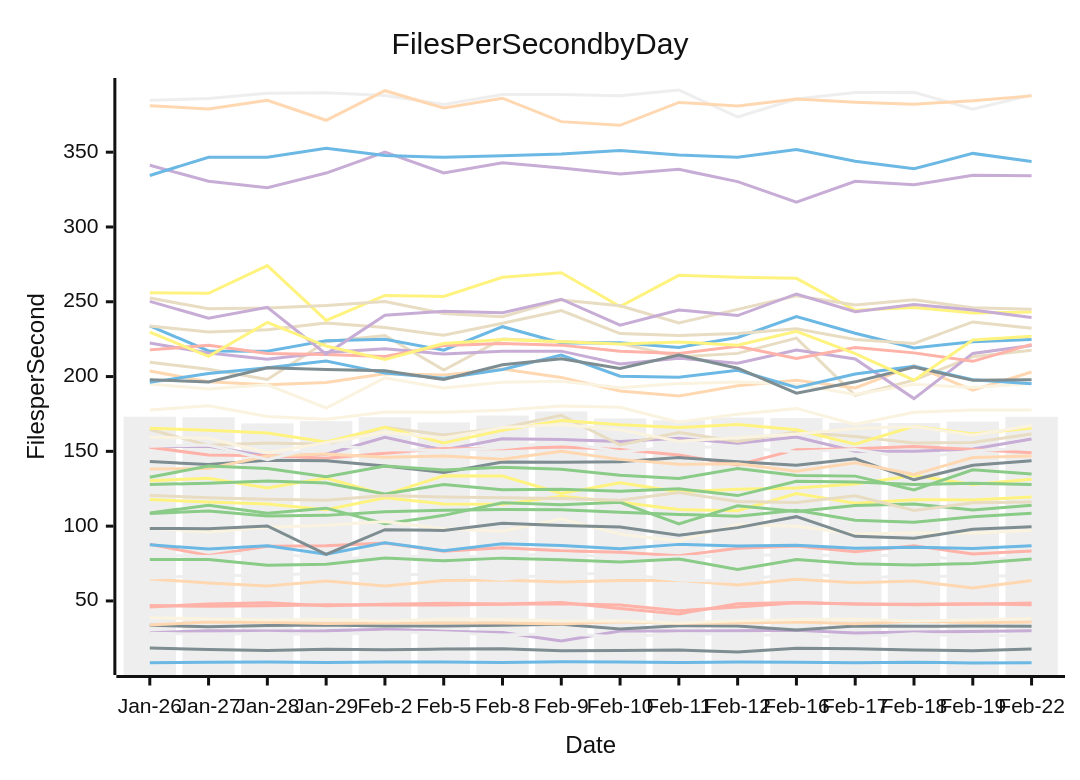
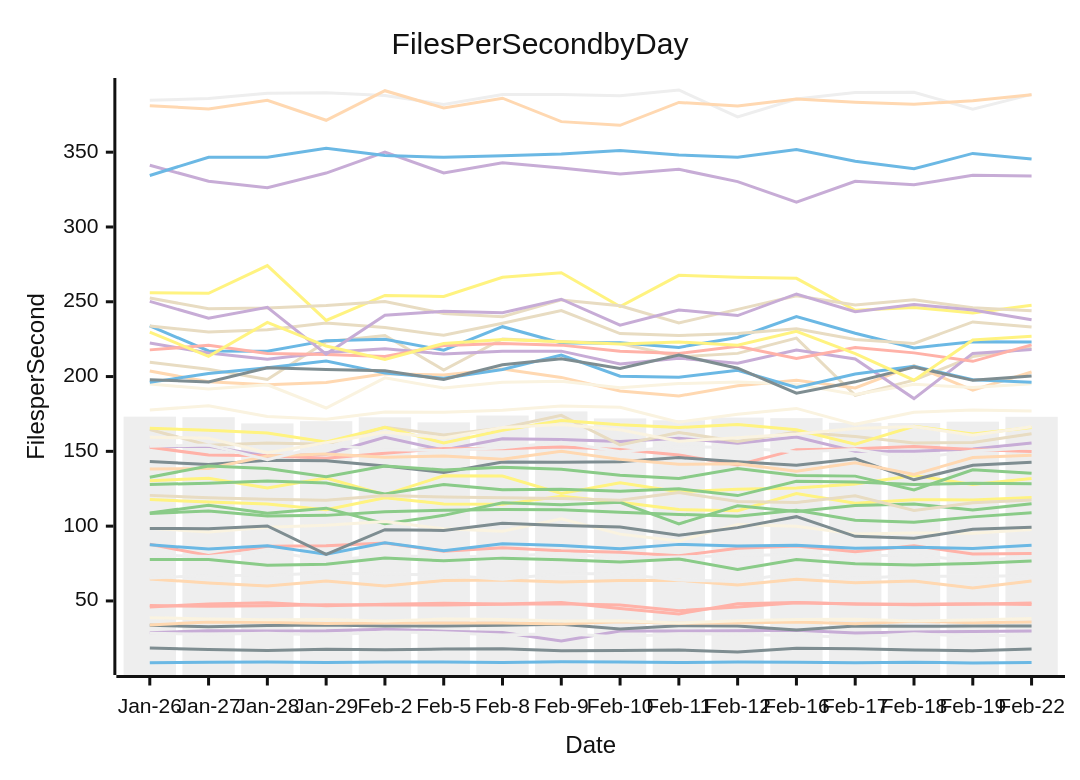
One commit to streetsidesoftware/cspell changed the diagram in perf-report.md. Above: the diagram before and after it, drawn with Mermaid (neutral theme). The commit also changed other lines of this file and 1 other file, not shown here.

````diff
--- a/perf-report.md
+++ b/perf-report.md
@@ -10,57 +10,57 @@
 ```mermaid
 xychart-beta
     title Files Per Second by Day
     y-axis Files per Second
     x-axis Date [Jan-26, Jan-27, Jan-28, Jan-29, Feb-2, Feb-5, Feb-8, Feb-9, Feb-10, Feb-11, Feb-12, Feb-16, Feb-17, Feb-18, Feb-19, Feb-22]
     bar [173.21, 172.82, 168.69, 170.17, 172.76, 169.39, 173.94, 176.68, 172.01, 170.80, 172.59, 172.20, 169.11, 168.97, 169.87, 173.10]
-    line [8.69, 9.06, 9.17, 8.90, 9.14, 9.10, 8.87, 9.39, 9.10, 8.79, 9.11, 8.93, 8.64, 9.05, 8.51, 8.71]
-    line [108.52, 110.13, 106.78, 107.20, 109.65, 110.63, 111.16, 110.94, 109.21, 107.83, 106.68, 110.60, 103.95, 102.58, 106.20, 108.59]
-    line [28.70, 30.12, 29.90, 29.99, 31.08, 29.80, 28.87, 23.26, 29.91, 29.82, 30.05, 30.35, 28.52, 29.28, 29.65, 30.02]
-    line [209.49, 204.94, 198.04, 223.32, 227.45, 204.37, 225.14, 223.42, 222.08, 213.20, 215.50, 225.73, 187.50, 197.59, 213.32, 217.55]
-    line [87.91, 80.34, 86.50, 86.84, 88.66, 83.22, 85.59, 83.52, 82.54, 80.25, 85.24, 86.74, 82.84, 86.83, 81.45, 83.45]
-    line [130.32, 132.03, 125.54, 132.09, 121.09, 133.64, 133.48, 121.84, 129.06, 122.93, 124.68, 125.50, 128.25, 133.90, 127.83, 131.38]
-    line [33.70, 32.82, 33.62, 33.93, 33.23, 33.25, 33.77, 34.38, 31.28, 33.43, 33.24, 30.53, 33.31, 33.04, 33.28, 33.14]
-    line [203.69, 196.52, 194.52, 195.98, 201.87, 201.12, 204.97, 199.43, 190.33, 187.01, 193.91, 197.53, 192.34, 207.35, 190.87, 203.06]
-    line [195.04, 191.69, 194.48, 178.97, 199.11, 192.32, 196.15, 196.80, 192.49, 195.28, 196.29, 194.83, 188.10, 194.84, 192.66, 195.39]
-    line [80.80, 79.69, 83.58, 77.01, 80.34, 79.32, 79.86, 81.63, 78.70, 79.41, 80.42, 80.99, 80.08, 80.78, 76.61, 80.23]
-    line [233.87, 217.12, 216.93, 224.01, 224.86, 217.64, 233.33, 222.49, 222.54, 219.50, 226.16, 240.10, 228.96, 219.08, 223.33, 224.83]
-    line [127.88, 128.69, 130.23, 128.77, 121.54, 127.82, 124.27, 124.62, 123.31, 125.03, 120.42, 129.98, 129.47, 127.87, 128.69, 127.92]
-    line [152.95, 153.44, 146.68, 148.04, 159.34, 150.93, 158.41, 157.97, 156.56, 158.71, 155.41, 159.62, 150.02, 150.05, 151.55, 158.28]
-    line [233.83, 229.73, 231.27, 235.75, 232.76, 227.56, 235.60, 244.14, 228.71, 227.46, 228.82, 232.02, 224.80, 222.16, 236.53, 232.36]
-    line [152.72, 147.54, 147.09, 145.41, 148.70, 151.93, 151.71, 152.93, 151.27, 147.55, 140.92, 151.13, 151.76, 153.31, 151.18, 149.10]
-    line [256.11, 255.68, 274.20, 237.51, 254.20, 253.57, 266.34, 269.39, 246.86, 267.66, 266.35, 265.66, 244.28, 246.16, 242.48, 243.24]
-    line [18.55, 17.57, 16.82, 17.76, 17.39, 17.79, 18.01, 16.74, 16.81, 17.17, 15.81, 18.35, 18.08, 17.18, 16.76, 17.82]
-    line [33.94, 35.92, 35.70, 34.97, 35.24, 35.24, 35.29, 34.51, 36.01, 35.10, 35.21, 35.98, 34.82, 36.43, 35.46, 35.87]
-    line [38.81, 37.93, 37.35, 37.58, 36.65, 37.87, 37.52, 36.62, 36.71, 35.21, 36.78, 37.62, 37.74, 36.57, 37.30, 38.21]
-    line [384.72, 385.87, 389.43, 389.76, 387.86, 381.95, 388.55, 388.50, 387.75, 391.57, 373.53, 385.59, 389.88, 390.09, 378.81, 388.20]
-    line [87.49, 84.71, 86.94, 81.29, 88.85, 83.51, 88.25, 87.06, 84.92, 87.81, 86.69, 87.24, 85.15, 85.90, 85.00, 86.86]
-    line [77.74, 77.78, 73.82, 74.60, 78.73, 76.88, 78.62, 77.47, 76.02, 78.07, 71.09, 77.64, 74.87, 74.07, 74.98, 78.01]
-    line [222.41, 215.81, 211.64, 216.10, 218.52, 215.06, 216.88, 216.99, 208.40, 212.31, 208.84, 217.81, 211.80, 185.28, 215.46, 220.70]
-    line [164.60, 154.09, 155.59, 154.71, 166.16, 160.94, 165.57, 174.04, 154.30, 162.65, 156.66, 162.87, 159.96, 155.64, 155.90, 161.67]
-    line [217.84, 220.87, 215.44, 214.77, 213.40, 220.70, 222.08, 221.01, 216.87, 215.38, 220.23, 212.12, 219.37, 215.84, 210.18, 221.48]
-    line [117.78, 116.14, 114.78, 110.96, 118.96, 114.84, 114.56, 119.99, 116.03, 111.12, 110.27, 121.81, 115.35, 117.70, 117.45, 119.42]
-    line [143.21, 141.20, 143.98, 143.78, 140.14, 135.87, 142.86, 142.75, 143.10, 145.82, 143.11, 140.65, 144.98, 130.98, 140.65, 143.66]
-    line [64.72, 62.00, 60.00, 63.28, 59.94, 63.60, 64.06, 62.64, 63.65, 63.88, 60.68, 64.42, 62.12, 63.28, 58.66, 63.67]
-    line [177.69, 180.46, 173.36, 171.47, 176.27, 176.08, 177.50, 180.37, 179.50, 169.53, 174.82, 178.71, 168.06, 176.19, 177.57, 177.71]
-    line [65.41, 67.07, 67.22, 68.71, 67.83, 67.42, 64.50, 68.29, 67.95, 63.94, 63.10, 68.79, 65.40, 66.62, 66.45, 66.79]
-    line [196.11, 202.03, 205.84, 210.33, 202.30, 198.84, 204.68, 214.35, 200.27, 199.54, 204.14, 192.69, 201.75, 206.87, 197.87, 195.13]
-    line [108.80, 113.98, 108.63, 112.03, 101.57, 107.21, 115.59, 114.29, 115.98, 101.55, 113.56, 109.85, 113.73, 114.86, 110.85, 113.92]
-    line [341.26, 330.59, 326.24, 336.05, 350.02, 336.18, 342.95, 339.36, 335.43, 338.51, 330.30, 316.59, 330.53, 328.24, 334.55, 334.31]
-    line [252.46, 245.33, 245.88, 247.56, 250.17, 242.23, 239.94, 251.24, 247.36, 235.88, 244.92, 253.98, 247.84, 251.30, 245.99, 245.00]
-    line [46.87, 46.43, 46.80, 47.45, 47.29, 47.35, 47.86, 48.05, 47.30, 43.46, 46.02, 48.76, 47.89, 47.85, 48.05, 47.48]
-    line [165.48, 164.06, 162.34, 156.27, 166.07, 155.61, 164.06, 170.66, 167.78, 165.93, 167.97, 164.38, 154.74, 166.79, 161.65, 165.63]
-    line [197.93, 196.32, 205.82, 204.70, 203.85, 198.04, 207.86, 211.91, 205.36, 214.41, 205.57, 188.86, 196.47, 206.41, 197.46, 197.91]
-    line [138.21, 138.55, 146.90, 148.25, 146.04, 146.87, 144.71, 150.09, 144.64, 141.32, 141.68, 136.63, 142.32, 134.55, 145.82, 146.96]
-    line [98.65, 96.11, 99.25, 100.66, 103.18, 98.24, 96.65, 104.96, 94.67, 90.15, 101.17, 99.92, 94.76, 95.38, 95.32, 97.28]
-    line [28.41, 27.77, 28.43, 27.26, 29.20, 28.78, 27.22, 28.25, 25.94, 28.04, 27.66, 26.73, 25.95, 28.09, 26.29, 27.35]
-    line [334.45, 346.57, 346.60, 352.58, 347.78, 346.57, 347.57, 348.75, 351.19, 348.15, 346.62, 351.78, 343.88, 338.94, 349.19, 343.84]
-    line [132.73, 140.24, 138.48, 133.03, 140.20, 137.55, 139.32, 138.06, 134.03, 131.86, 138.50, 133.91, 133.44, 124.24, 137.70, 134.78]
-    line [250.24, 239.03, 246.34, 215.04, 240.95, 243.60, 242.70, 251.69, 234.31, 244.51, 240.78, 255.22, 243.34, 248.23, 244.44, 239.51]
-    line [120.57, 119.01, 117.99, 117.30, 120.43, 119.43, 118.96, 118.43, 117.39, 122.51, 116.51, 115.88, 120.25, 110.42, 115.69, 116.21]
-    line [46.02, 47.96, 48.80, 46.78, 47.79, 48.42, 47.97, 48.95, 44.92, 41.33, 48.11, 48.93, 47.91, 47.47, 47.85, 48.66]
-    line [229.64, 213.50, 236.23, 220.41, 211.45, 222.13, 224.72, 223.26, 221.76, 223.13, 220.88, 230.21, 215.32, 197.56, 224.48, 226.91]
-    line [98.45, 98.30, 100.11, 81.16, 97.62, 97.16, 101.86, 100.35, 99.46, 93.91, 99.01, 106.34, 93.17, 91.86, 97.86, 99.56]
-    line [381.11, 378.87, 384.64, 371.32, 391.09, 379.53, 386.07, 370.43, 367.95, 383.26, 380.80, 385.48, 383.39, 382.12, 384.41, 387.64]
-    line [159.47, 158.84, 149.03, 155.81, 162.82, 158.93, 165.88, 167.89, 164.45, 156.78, 159.08, 161.56, 165.23, 166.55, 160.76, 167.25]
-    line [153.48, 154.19, 144.39, 154.19, 151.10, 150.58, 152.48, 156.02, 149.70, 153.17, 152.51, 149.58, 151.17, 145.28, 150.19, 152.47]
+    line [8.69, 9.06, 9.17, 8.90, 9.14, 9.10, 8.87, 9.39, 9.10, 8.79, 9.11, 8.93, 8.64, 9.05, 8.51, 8.78]
+    line [108.52, 110.13, 106.78, 107.20, 109.65, 110.63, 111.16, 110.94, 109.21, 107.83, 106.68, 110.60, 103.95, 102.58, 106.20, 108.99]
+    line [28.70, 30.12, 29.90, 29.99, 31.08, 29.80, 28.87, 23.26, 29.91, 29.82, 30.05, 30.35, 28.52, 29.28, 29.65, 29.97]
+    line [209.49, 204.94, 198.04, 223.32, 227.45, 204.37, 225.14, 223.42, 222.08, 213.20, 215.50, 225.73, 187.50, 197.59, 213.32, 219.03]
+    line [87.91, 80.34, 86.50, 86.84, 88.66, 83.22, 85.59, 83.52, 82.54, 80.25, 85.24, 86.74, 82.84, 86.83, 81.45, 81.71]
+    line [130.32, 132.03, 125.54, 132.09, 121.09, 133.64, 133.48, 121.84, 129.06, 122.93, 124.68, 125.50, 128.25, 133.90, 127.83, 131.88]
+    line [33.70, 32.82, 33.62, 33.93, 33.23, 33.25, 33.77, 34.38, 31.28, 33.43, 33.24, 30.53, 33.31, 33.04, 33.28, 33.21]
+    line [203.69, 196.52, 194.52, 195.98, 201.87, 201.12, 204.97, 199.43, 190.33, 187.01, 193.91, 197.53, 192.34, 207.35, 190.87, 203.05]
+    line [195.04, 191.69, 194.48, 178.97, 199.11, 192.32, 196.15, 196.80, 192.49, 195.28, 196.29, 194.83, 188.10, 194.84, 192.66, 195.15]
+    line [80.80, 79.69, 83.58, 77.01, 80.34, 79.32, 79.86, 81.63, 78.70, 79.41, 80.42, 80.99, 80.08, 80.78, 76.61, 79.69]
+    line [233.87, 217.12, 216.93, 224.01, 224.86, 217.64, 233.33, 222.49, 222.54, 219.50, 226.16, 240.10, 228.96, 219.08, 223.33, 223.11]
+    line [127.88, 128.69, 130.23, 128.77, 121.54, 127.82, 124.27, 124.62, 123.31, 125.03, 120.42, 129.98, 129.47, 127.87, 128.69, 128.42]
+    line [152.95, 153.44, 146.68, 148.04, 159.34, 150.93, 158.41, 157.97, 156.56, 158.71, 155.41, 159.62, 150.02, 150.05, 151.55, 155.58]
+    line [233.83, 229.73, 231.27, 235.75, 232.76, 227.56, 235.60, 244.14, 228.71, 227.46, 228.82, 232.02, 224.80, 222.16, 236.53, 233.14]
+    line [152.72, 147.54, 147.09, 145.41, 148.70, 151.93, 151.71, 152.93, 151.27, 147.55, 140.92, 151.13, 151.76, 153.31, 151.18, 149.85]
+    line [256.11, 255.68, 274.20, 237.51, 254.20, 253.57, 266.34, 269.39, 246.86, 267.66, 266.35, 265.66, 244.28, 246.16, 242.48, 247.66]
+    line [18.55, 17.57, 16.82, 17.76, 17.39, 17.79, 18.01, 16.74, 16.81, 17.17, 15.81, 18.35, 18.08, 17.18, 16.76, 17.88]
+    line [33.94, 35.92, 35.70, 34.97, 35.24, 35.24, 35.29, 34.51, 36.01, 35.10, 35.21, 35.98, 34.82, 36.43, 35.46, 35.84]
+    line [38.81, 37.93, 37.35, 37.58, 36.65, 37.87, 37.52, 36.62, 36.71, 35.21, 36.78, 37.62, 37.74, 36.57, 37.30, 38.24]
+    line [384.72, 385.87, 389.43, 389.76, 387.86, 381.95, 388.55, 388.50, 387.75, 391.57, 373.53, 385.59, 389.88, 390.09, 378.81, 388.65]
+    line [87.49, 84.71, 86.94, 81.29, 88.85, 83.51, 88.25, 87.06, 84.92, 87.81, 86.69, 87.24, 85.15, 85.90, 85.00, 87.17]
+    line [77.74, 77.78, 73.82, 74.60, 78.73, 76.88, 78.62, 77.47, 76.02, 78.07, 71.09, 77.64, 74.87, 74.07, 74.98, 76.63]
+    line [222.41, 215.81, 211.64, 216.10, 218.52, 215.06, 216.88, 216.99, 208.40, 212.31, 208.84, 217.81, 211.80, 185.28, 215.46, 218.06]
+    line [164.60, 154.09, 155.59, 154.71, 166.16, 160.94, 165.57, 174.04, 154.30, 162.65, 156.66, 162.87, 159.96, 155.64, 155.90, 161.77]
+    line [217.84, 220.87, 215.44, 214.77, 213.40, 220.70, 222.08, 221.01, 216.87, 215.38, 220.23, 212.12, 219.37, 215.84, 210.18, 221.20]
+    line [117.78, 116.14, 114.78, 110.96, 118.96, 114.84, 114.56, 119.99, 116.03, 111.12, 110.27, 121.81, 115.35, 117.70, 117.45, 119.10]
+    line [143.21, 141.20, 143.98, 143.78, 140.14, 135.87, 142.86, 142.75, 143.10, 145.82, 143.11, 140.65, 144.98, 130.98, 140.65, 142.78]
+    line [64.72, 62.00, 60.00, 63.28, 59.94, 63.60, 64.06, 62.64, 63.65, 63.88, 60.68, 64.42, 62.12, 63.28, 58.66, 63.36]
+    line [177.69, 180.46, 173.36, 171.47, 176.27, 176.08, 177.50, 180.37, 179.50, 169.53, 174.82, 178.71, 168.06, 176.19, 177.57, 176.95]
+    line [65.41, 67.07, 67.22, 68.71, 67.83, 67.42, 64.50, 68.29, 67.95, 63.94, 63.10, 68.79, 65.40, 66.62, 66.45, 66.78]
+    line [196.11, 202.03, 205.84, 210.33, 202.30, 198.84, 204.68, 214.35, 200.27, 199.54, 204.14, 192.69, 201.75, 206.87, 197.87, 196.25]
+    line [108.80, 113.98, 108.63, 112.03, 101.57, 107.21, 115.59, 114.29, 115.98, 101.55, 113.56, 109.85, 113.73, 114.86, 110.85, 114.90]
+    line [341.26, 330.59, 326.24, 336.05, 350.02, 336.18, 342.95, 339.36, 335.43, 338.51, 330.30, 316.59, 330.53, 328.24, 334.55, 334.07]
+    line [252.46, 245.33, 245.88, 247.56, 250.17, 242.23, 239.94, 251.24, 247.36, 235.88, 244.92, 253.98, 247.84, 251.30, 245.99, 243.93]
+    line [46.87, 46.43, 46.80, 47.45, 47.29, 47.35, 47.86, 48.05, 47.30, 43.46, 46.02, 48.76, 47.89, 47.85, 48.05, 47.61]
+    line [165.48, 164.06, 162.34, 156.27, 166.07, 155.61, 164.06, 170.66, 167.78, 165.93, 167.97, 164.38, 154.74, 166.79, 161.65, 166.00]
+    line [197.93, 196.32, 205.82, 204.70, 203.85, 198.04, 207.86, 211.91, 205.36, 214.41, 205.57, 188.86, 196.47, 206.41, 197.46, 200.43]
+    line [138.21, 138.55, 146.90, 148.25, 146.04, 146.87, 144.71, 150.09, 144.64, 141.32, 141.68, 136.63, 142.32, 134.55, 145.82, 147.42]
+    line [98.65, 96.11, 99.25, 100.66, 103.18, 98.24, 96.65, 104.96, 94.67, 90.15, 101.17, 99.92, 94.76, 95.38, 95.32, 97.68]
+    line [28.41, 27.77, 28.43, 27.26, 29.20, 28.78, 27.22, 28.25, 25.94, 28.04, 27.66, 26.73, 25.95, 28.09, 26.29, 27.51]
+    line [334.45, 346.57, 346.60, 352.58, 347.78, 346.57, 347.57, 348.75, 351.19, 348.15, 346.62, 351.78, 343.88, 338.94, 349.19, 345.47]
+    line [132.73, 140.24, 138.48, 133.03, 140.20, 137.55, 139.32, 138.06, 134.03, 131.86, 138.50, 133.91, 133.44, 124.24, 137.70, 135.31]
+    line [250.24, 239.03, 246.34, 215.04, 240.95, 243.60, 242.70, 251.69, 234.31, 244.51, 240.78, 255.22, 243.34, 248.23, 244.44, 238.03]
+    line [120.57, 119.01, 117.99, 117.30, 120.43, 119.43, 118.96, 118.43, 117.39, 122.51, 116.51, 115.88, 120.25, 110.42, 115.69, 117.45]
+    line [46.02, 47.96, 48.80, 46.78, 47.79, 48.42, 47.97, 48.95, 44.92, 41.33, 48.11, 48.93, 47.91, 47.47, 47.85, 48.58]
+    line [229.64, 213.50, 236.23, 220.41, 211.45, 222.13, 224.72, 223.26, 221.76, 223.13, 220.88, 230.21, 215.32, 197.56, 224.48, 226.95]
+    line [98.45, 98.30, 100.11, 81.16, 97.62, 97.16, 101.86, 100.35, 99.46, 93.91, 99.01, 106.34, 93.17, 91.86, 97.86, 99.22]
+    line [381.11, 378.87, 384.64, 371.32, 391.09, 379.53, 386.07, 370.43, 367.95, 383.26, 380.80, 385.48, 383.39, 382.12, 384.41, 388.46]
+    line [159.47, 158.84, 149.03, 155.81, 162.82, 158.93, 165.88, 167.89, 164.45, 156.78, 159.08, 161.56, 165.23, 166.55, 160.76, 166.40]
+    line [153.48, 154.19, 144.39, 154.19, 151.10, 150.58, 152.48, 156.02, 149.70, 153.17, 152.51, 149.58, 151.17, 145.28, 150.19, 152.37]
 ```
````
